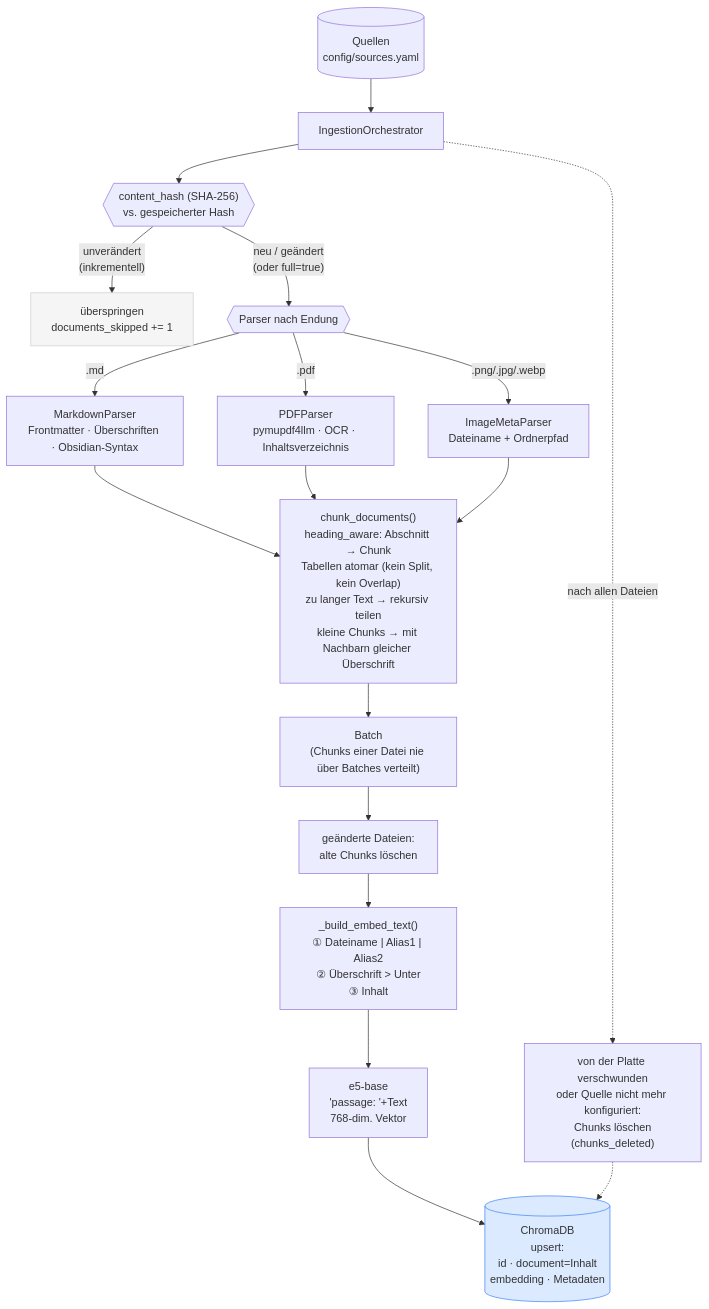
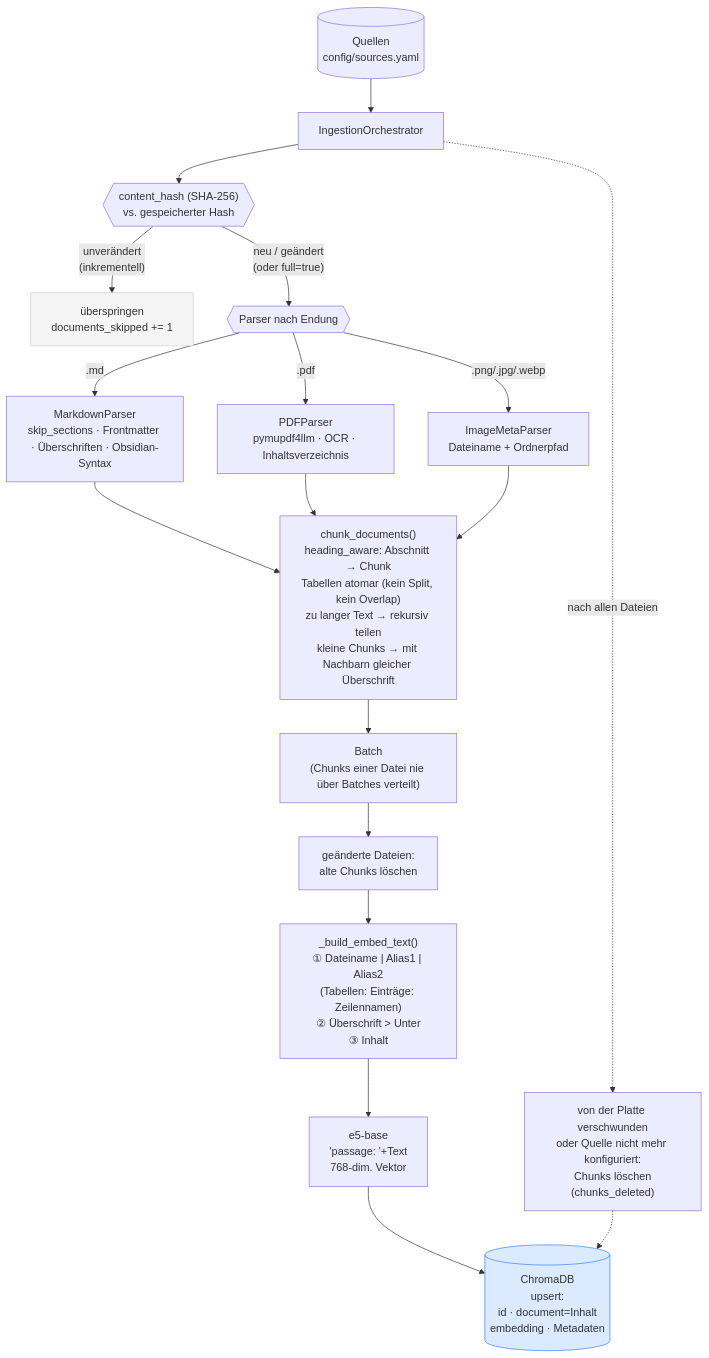
The first of 5 diagrams in docs/data-flow.md (FabianHentrich/lorekeeper), drawn with Mermaid before and after one commit. The commit also changed 4 other files, not shown here.

First line of the commit message:
Docs checked against the code; roadmap tidied

````diff
--- a/docs/data-flow.md
+++ b/docs/data-flow.md
@@ -19,35 +19,35 @@
 ```mermaid
 flowchart TD
     FS[("Quellen\nconfig/sources.yaml")] --> ORCH[IngestionOrchestrator]
 
     ORCH --> HASH{{"content_hash (SHA-256)\nvs. gespeicherter Hash"}}
 
     HASH -->|"unverändert\n(inkrementell)"| SKIP["überspringen\ndocuments_skipped += 1"]
     HASH -->|"neu / geändert\n(oder full=true)"| PARSE
 
     PARSE{{"Parser nach Endung"}}
-    PARSE -->|".md"| MD[MarkdownParser\nFrontmatter · Überschriften · Obsidian-Syntax]
+    PARSE -->|".md"| MD[MarkdownParser\nskip_sections · Frontmatter · Überschriften · Obsidian-Syntax]
     PARSE -->|".pdf"| PDF[PDFParser\npymupdf4llm · OCR · Inhaltsverzeichnis]
     PARSE -->|".png/.jpg/.webp"| IMG[ImageMetaParser\nDateiname + Ordnerpfad]
 
     MD --> CHUNK
     PDF --> CHUNK
     IMG --> CHUNK
 
     CHUNK["chunk_documents()\nheading_aware: Abschnitt → Chunk\nTabellen atomar (kein Split, kein Overlap)\nzu langer Text → rekursiv teilen\nkleine Chunks → mit Nachbarn gleicher Überschrift"]
 
     CHUNK --> BATCH["Batch\n(Chunks einer Datei nie über Batches verteilt)"]
     BATCH --> DEL["geänderte Dateien:\nalte Chunks löschen"]
     DEL --> EMBED
 
-    EMBED["_build_embed_text()\n① Dateiname | Alias1 | Alias2\n② Überschrift > Unter\n③ Inhalt"]
+    EMBED["_build_embed_text()\n① Dateiname | Alias1 | Alias2\n(Tabellen: Einträge: Zeilennamen)\n② Überschrift > Unter\n③ Inhalt"]
 
     EMBED --> E5["e5-base\n'passage: '+Text\n768-dim. Vektor"]
     E5 --> CHROMA[("ChromaDB\nupsert:\nid · document=Inhalt\nembedding · Metadaten")]
 
     ORCH -.->|"nach allen Dateien"| ORPHAN["von der Platte verschwunden\noder Quelle nicht mehr konfiguriert:\nChunks löschen\n(chunks_deleted)"]
     ORPHAN -.-> CHROMA
 
     style SKIP fill:#f5f5f5,stroke:#ccc
     style CHROMA fill:#dbeafe,stroke:#3b82f6
 ```
````
